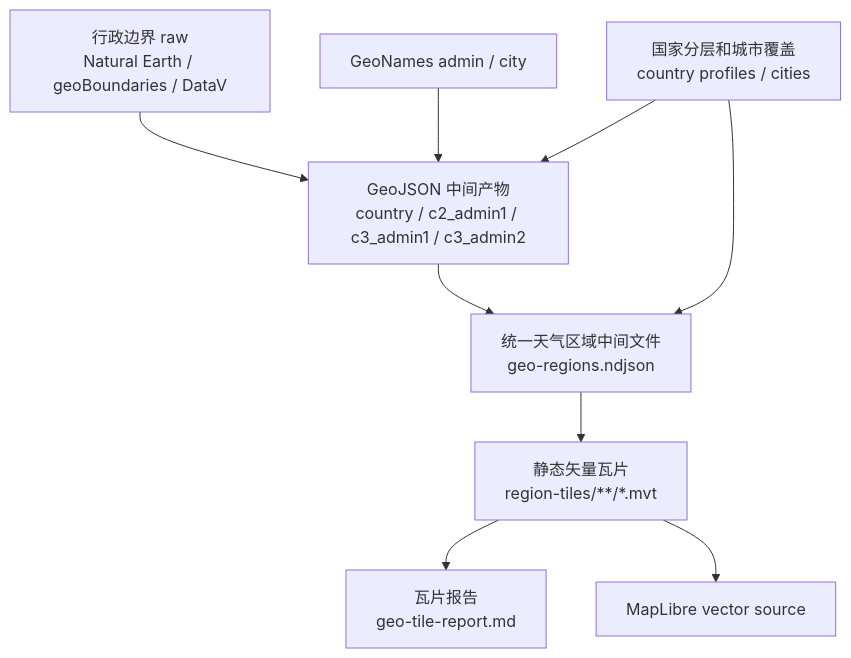
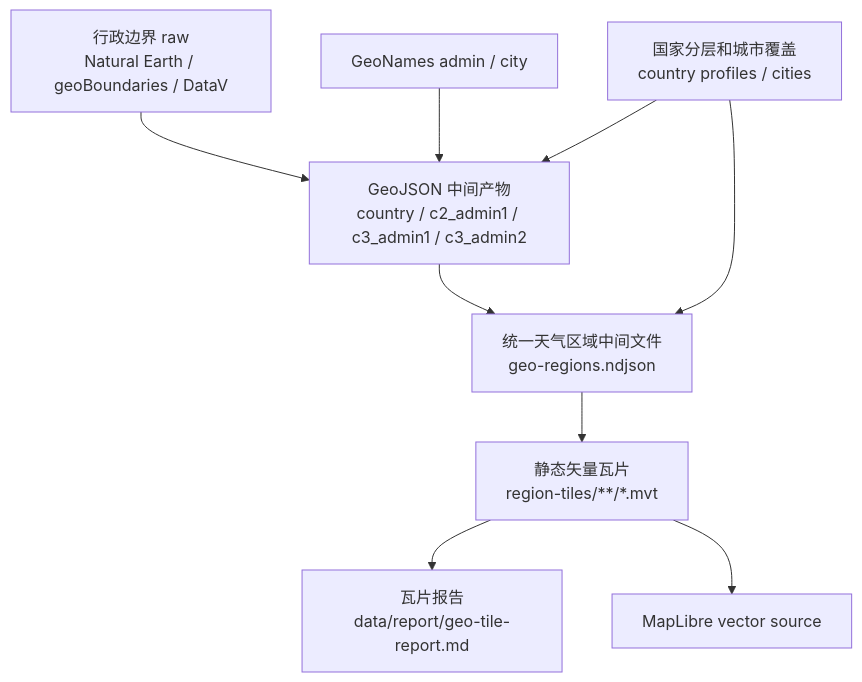
The diagram in docs/specs/40-map-vector-tiles-performance.md (xiaomingio/weather-trip), drawn with Mermaid before and after one commit. The commit also changed other lines of this file and 29 other files, not shown here.

````diff
--- a/docs/specs/40-map-vector-tiles-performance.md
+++ b/docs/specs/40-map-vector-tiles-performance.md
@@ -232,20 +232,20 @@
 ```mermaid
 flowchart TD
   rawBoundary["行政边界 raw<br/>Natural Earth / geoBoundaries / DataV"]
   geonames["GeoNames admin / city"]
   coverage["国家分层和城市覆盖<br/>country profiles / cities"]
   geojson["GeoJSON 中间产物<br/>country / c2_admin1 / c3_admin1 / c3_admin2"]
   regions["统一天气区域中间文件<br/>geo-regions.ndjson"]
   tiles["静态矢量瓦片<br/>region-tiles/**/*.mvt"]
-  report["瓦片报告<br/>geo-tile-report.md"]
+  report["瓦片报告<br/>data/report/geo-tile-report.md"]
   browser["MapLibre vector source"]
 
   rawBoundary --> geojson
   geonames --> geojson
   coverage --> geojson
   geojson --> regions
   coverage --> regions
   regions --> tiles
   tiles --> report
   tiles --> browser
 ```
````
